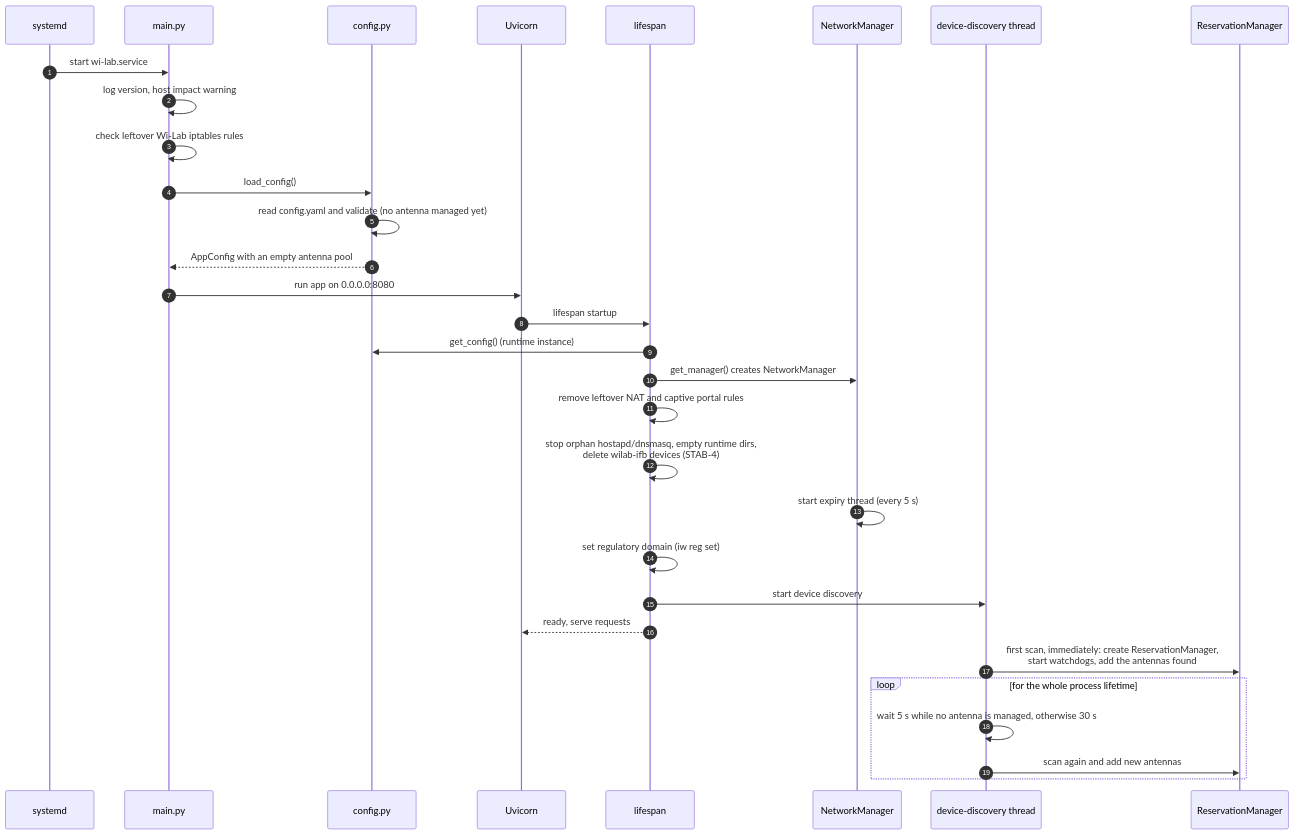
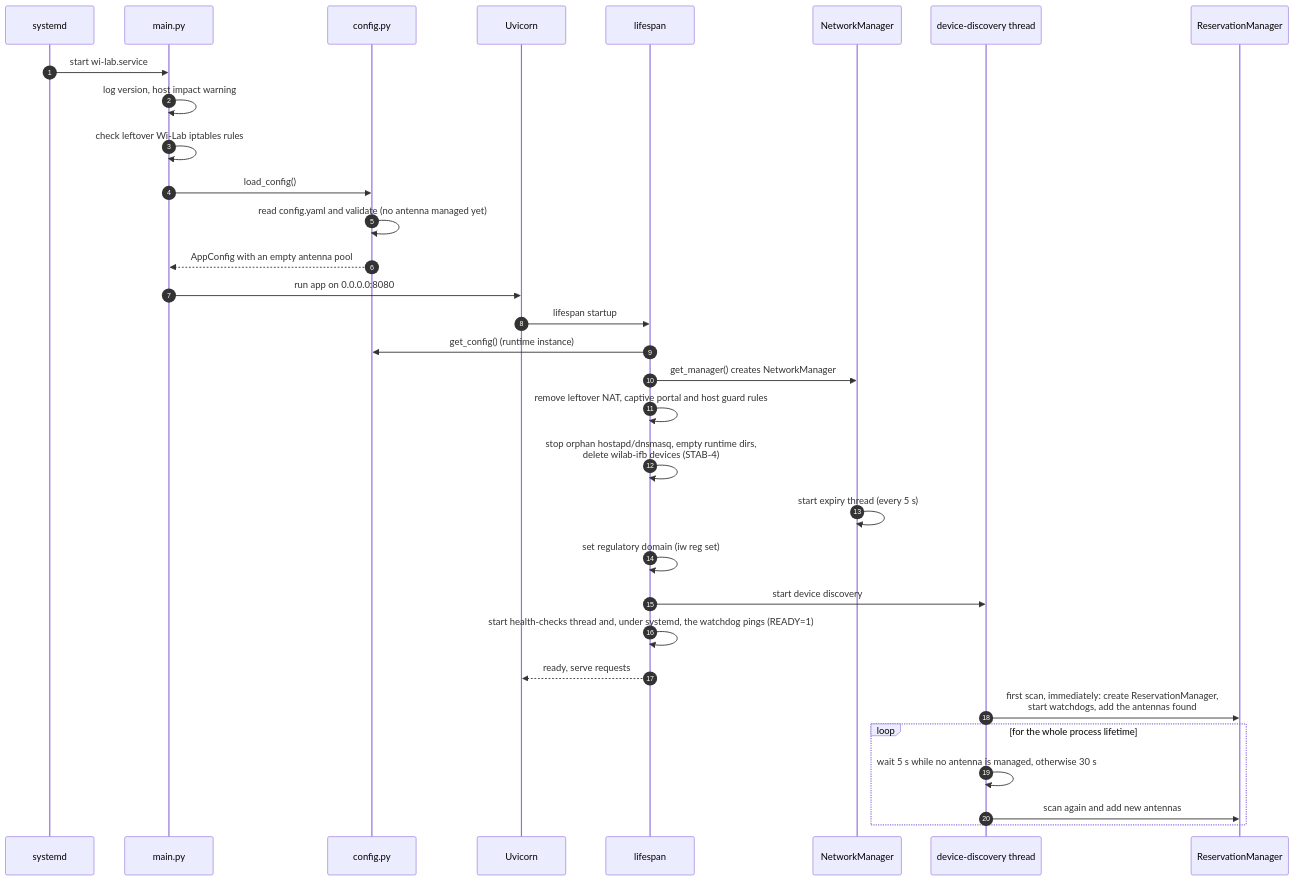
Before and after one commit to caporalesimone/wi-lab: the second of 15 diagrams in docs/architecture.md, drawn with Mermaid. The commit also changed other lines of this file and 12 other files, not shown here.

````diff
--- a/docs/architecture.md
+++ b/docs/architecture.md
@@ -106,34 +107,35 @@
 ```mermaid
 sequenceDiagram
     autonumber
     participant SD as systemd
     participant M as main.py
     participant C as config.py
     participant U as Uvicorn
     participant L as lifespan
     participant NM as NetworkManager
     participant D as device-discovery thread
     participant RM as ReservationManager
 
     SD->>M: start wi-lab.service
     M->>M: log version, host impact warning
     M->>M: check leftover Wi-Lab iptables rules
     M->>C: load_config()
     C->>C: read config.yaml and validate (no antenna managed yet)
     C-->>M: AppConfig with an empty antenna pool
     M->>U: run app on 0.0.0.0:8080
     U->>L: lifespan startup
     L->>C: get_config() (runtime instance)
     L->>NM: get_manager() creates NetworkManager
-    L->>L: remove leftover NAT and captive portal rules
+    L->>L: remove leftover NAT, captive portal and host guard rules
     L->>L: stop orphan hostapd/dnsmasq, empty runtime dirs,<br/>delete wilab-ifb devices (STAB-4)
     NM->>NM: start expiry thread (every 5 s)
     L->>L: set regulatory domain (iw reg set)
     L->>D: start device discovery
+    L->>L: start health-checks thread and, under systemd, the watchdog pings (READY=1)
     L-->>U: ready, serve requests
     D->>RM: first scan, immediately: create ReservationManager,<br/>start watchdogs, add the antennas found
     loop for the whole process lifetime
         D->>D: wait 5 s while no antenna is managed, otherwise 30 s
         D->>RM: scan again and add new antennas
     end
 ```
````
